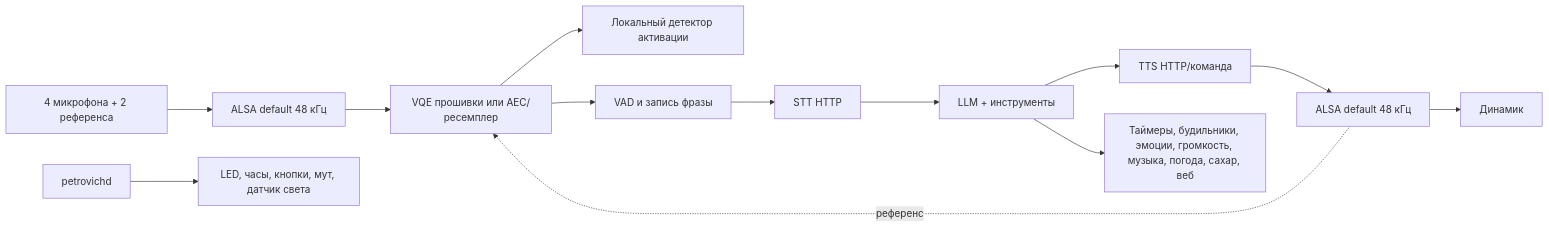
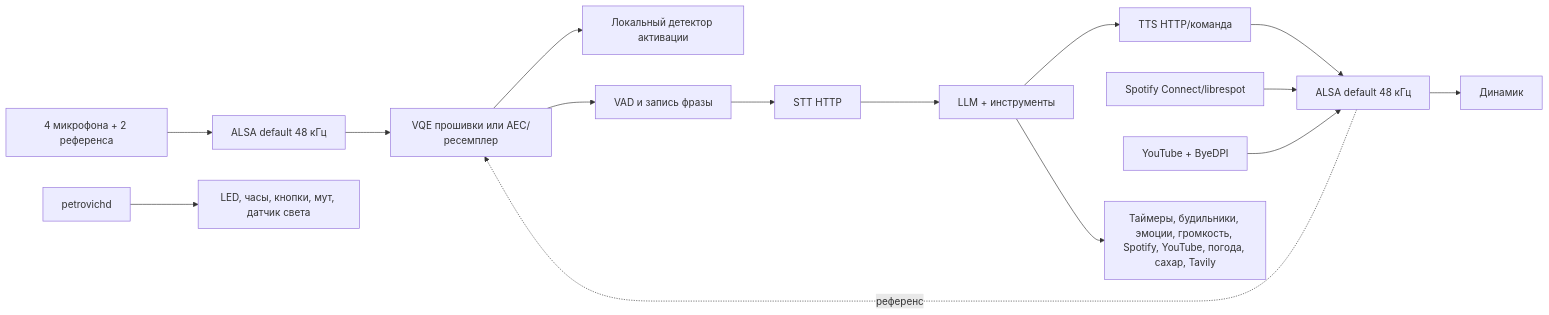
Before and after one commit to makriq-fun/petrovich-assistant: the diagram in README.md, drawn with Mermaid. The commit also changed other lines of this file and 39 other files, not shown here.

First line of the commit message:
feat: голосовой агент, встроенные Spotify и YouTube

````diff
--- a/README.md
+++ b/README.md
@@ -71,15 +75,17 @@
 ```mermaid
 flowchart LR
     Mic[4 микрофона + 2 референса] --> ALSA[ALSA default 48 кГц]
     ALSA --> VQE[VQE прошивки или AEC/ресемплер]
     VQE --> WW[Локальный детектор активации]
     VQE --> VAD[VAD и запись фразы]
     VAD --> STT[STT HTTP]
     STT --> LLM[LLM + инструменты]
     LLM --> TTS[TTS HTTP/команда]
     TTS --> Play[ALSA default 48 кГц]
+    Spotify[Spotify Connect/librespot] --> Play
+    YouTube[YouTube + ByeDPI] --> Play
     Play --> Speaker[Динамик]
     Play -. референс .-> VQE
-    LLM --> Tools[Таймеры, будильники, эмоции, громкость, музыка, погода, сахар, веб]
+    LLM --> Tools[Таймеры, будильники, эмоции, громкость, Spotify, YouTube, погода, сахар, Tavily]
     Daemon[petrovichd] --> HW[LED, часы, кнопки, мут, датчик света]
 ```
````
